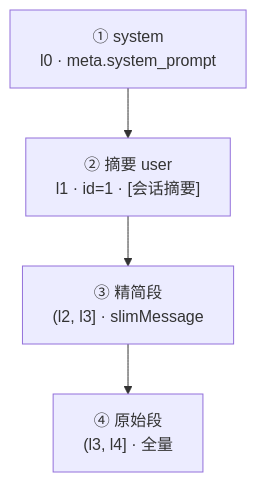
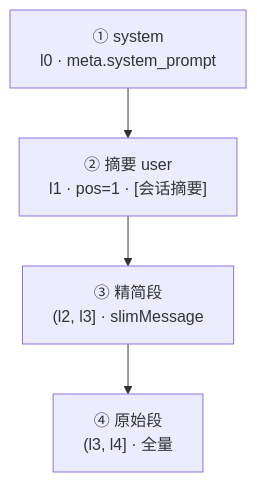
The third of 10 diagrams in docs/compression.md (freeanima-org/freeanima), drawn with Mermaid before and after one commit. The commit also changed other lines of this file and 14 other files, not shown here.

````diff
--- a/docs/compression.md
+++ b/docs/compression.md
@@ -95,8 +96,8 @@
 ```mermaid
 flowchart TB
   sys["① system<br/>l0 · meta.system_prompt"]
-  sum["② 摘要 user<br/>l1 · id=1 · [会话摘要]"]
+  sum["② 摘要 user<br/>l1 · pos=1 · [会话摘要]"]
   slim["③ 精简段<br/>(l2, l3] · slimMessage"]
   raw["④ 原始段<br/>(l3, l4] · 全量"]
   sys --> sum --> slim --> raw
 ```
````
